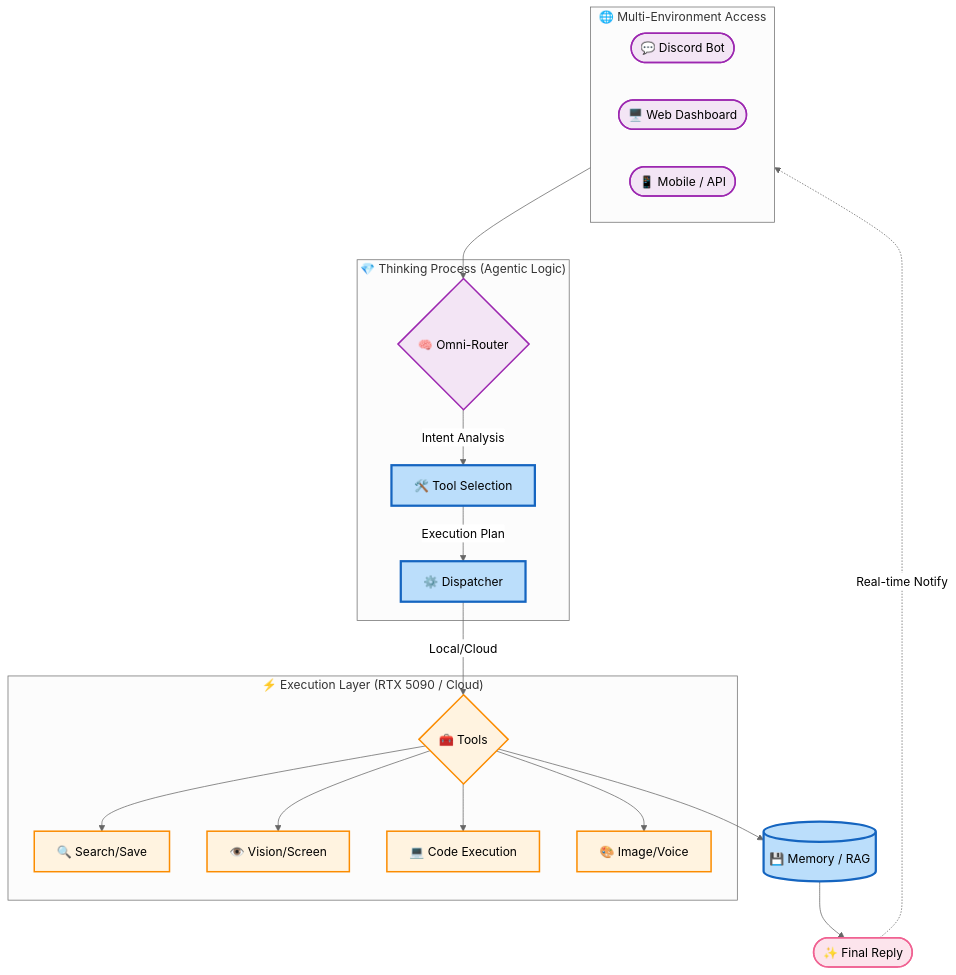
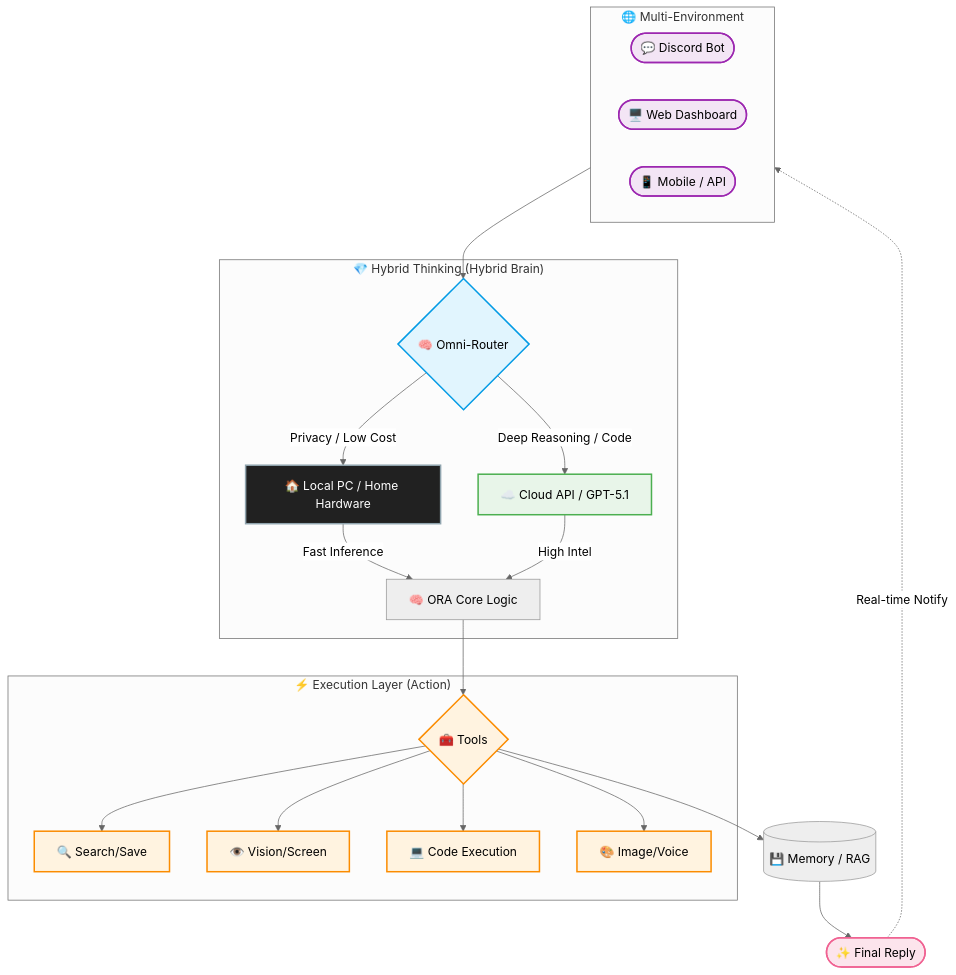
Before and after one commit to YoneRai12/YonerAI: the diagram in README.md, drawn with Mermaid (neutral theme). The commit also changed other lines of this file and 1 other file, not shown here.

Commit message:
docs: clarify local/cloud split in system flow diagram

````diff
--- a/README.md
+++ b/README.md
@@ -61,36 +61,40 @@
 ```mermaid
 graph TD
     %% Styling
     classDef frontend fill:#f3e5f5,stroke:#9c27b0,stroke-width:2px,color:#000
     classDef router fill:#e1f5fe,stroke:#039be5,stroke-width:2px,color:#000
-    classDef core fill:#bbdefb,stroke:#1565c0,stroke-width:3px,color:#000
+    classDef cloud fill:#e8f5e9,stroke:#4caf50,stroke-width:2px,color:#000
+    classDef local fill:#212121,stroke:#90a4ae,stroke-width:2px,color:#fff
     classDef tool fill:#fff3e0,stroke:#fb8c00,stroke-width:2px,color:#000
     classDef final fill:#fce4ec,stroke:#f06292,stroke-width:2px,color:#000
 
-    subgraph Frontends ["🌐 Multi-Environment Access"]
+    subgraph Frontends ["🌐 Multi-Environment"]
         Discord([💬 Discord Bot]):::frontend
         WebDash([🖥️ Web Dashboard]):::frontend
         Mobile([📱 Mobile / API]):::frontend
     end
 
-    Frontends --> Router{🧠 Omni-Router}:::frontend
+    Frontends --> Router{🧠 Omni-Router}:::router
     
-    subgraph CoreSystem ["💎 Thinking Process (Agentic Logic)"]
-        Router -->|Intent Analysis| ToolSelect[🛠️ Tool Selection]:::core
-        ToolSelect -->|Execution Plan| Dispatcher[⚙️ Dispatcher]:::core
+    subgraph Thinking ["💎 Hybrid Thinking (Hybrid Brain)"]
+        Router -->|Privacy / Low Cost| Local[🏠 Local PC / Home Hardware]:::local
+        Router -->|Deep Reasoning / Code| Cloud[☁️ Cloud API / GPT-5.1]:::cloud
+        
+        Local -->|Fast Inference| Brain[🧠 ORA Core Logic]
+        Cloud -->|High Intel| Brain
     end
 
-    subgraph Execution ["⚡ Execution Layer (RTX 5090 / Cloud)"]
-        Dispatcher -->|Local/Cloud| Tools{🧰 Tools}:::tool
+    subgraph Execution ["⚡ Execution Layer (Action)"]
+        Brain --> Tools{🧰 Tools}:::tool
         
         Tools --> Web[🔍 Search/Save]:::tool
         Tools --> Vision[👁️ Vision/Screen]:::tool
         Tools --> Code[💻 Code Execution]:::tool
         Tools --> Media[🎨 Image/Voice]:::tool
     end
 
-    Tools --> Memory[(💾 Memory / RAG)]:::core
+    Tools --> Memory[(💾 Memory / RAG)]
     Memory --> Output([✨ Final Reply]):::final
     
     Output -.->|Real-time Notify| Frontends
 ```
````
